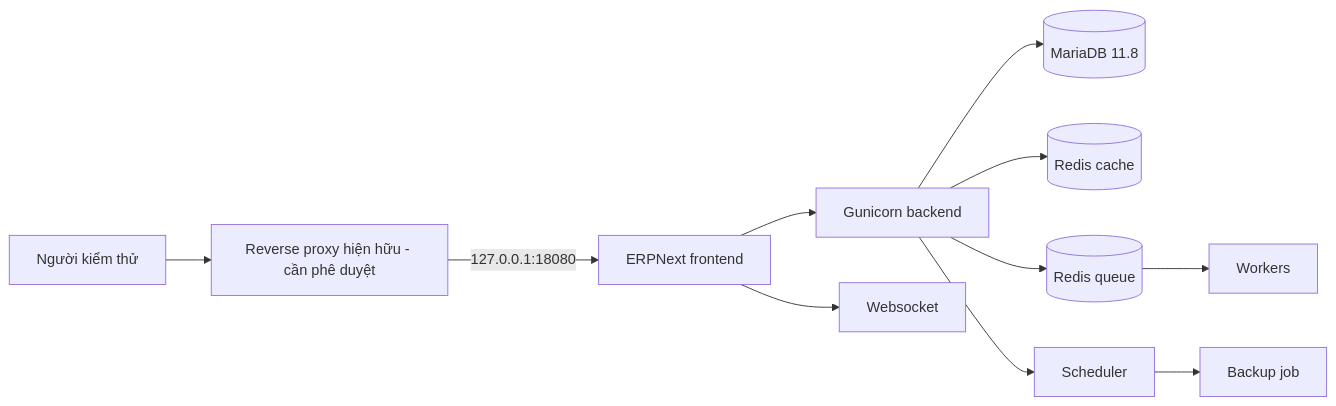
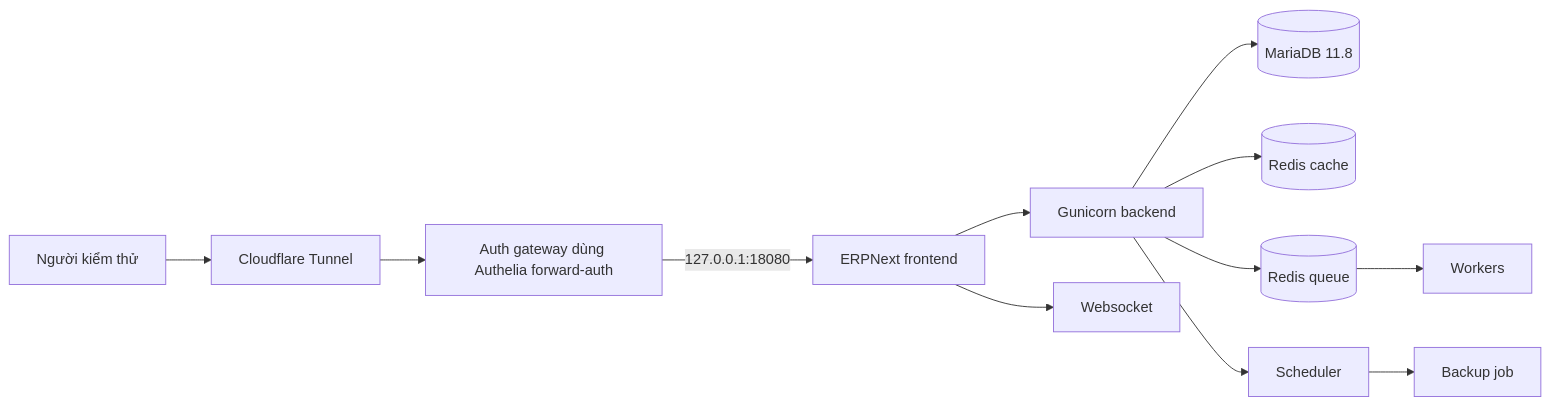
Before and after one commit to greenmails2001/erpnext: the diagram in docs/architecture/staging-1.243.md, drawn with Mermaid. The commit also changed other lines of this file and 4 other files, not shown here.

````diff
--- a/docs/architecture/staging-1.243.md
+++ b/docs/architecture/staging-1.243.md
@@ -31,13 +31,14 @@
 ```mermaid
 flowchart LR
-    U[Người kiểm thử] --> RP[Reverse proxy hiện hữu - cần phê duyệt]
-    RP -->|127.0.0.1:18080| FE[ERPNext frontend]
+    U[Người kiểm thử] --> CF[Cloudflare Tunnel]
+    CF --> AG[Auth gateway dùng Authelia forward-auth]
+    AG -->|127.0.0.1:18080| FE[ERPNext frontend]
     FE --> BE[Gunicorn backend]
     FE --> WS[Websocket]
     BE --> DB[(MariaDB 11.8)]
     BE --> RC[(Redis cache)]
     BE --> RQ[(Redis queue)]
     RQ --> W[Workers]
     BE --> S[Scheduler]
     S --> B[Backup job]
 ```
````
